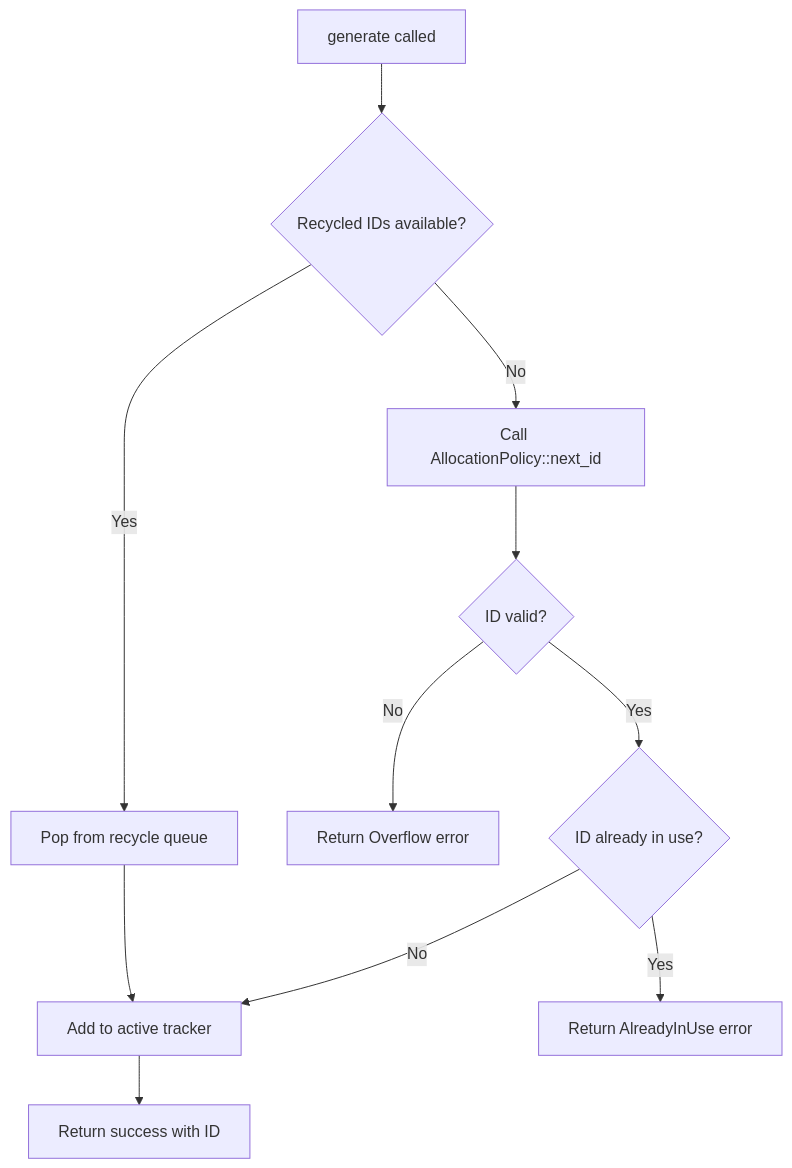
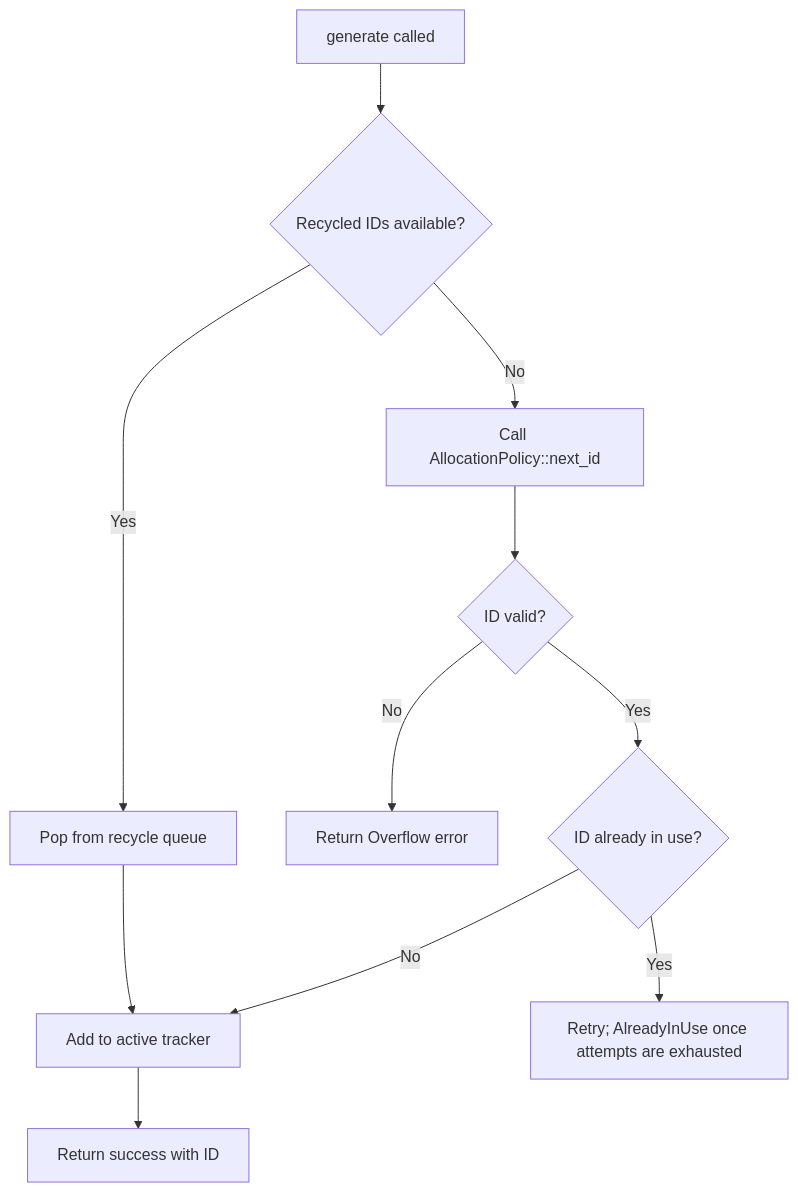
One commit to schroedermatthew/FatP changed the second of 3 diagrams in components/IdGenerator/docs/User Manual - IdGenerator.md. Above: the diagram before and after it, drawn with Mermaid. The commit also changed other lines of this file and 3 other files, not shown here.

````diff
--- a/components/IdGenerator/docs/User Manual - IdGenerator.md
+++ b/components/IdGenerator/docs/User Manual - IdGenerator.md
@@ -194,13 +194,13 @@
 ```mermaid
 flowchart TD
     A[generate called] --> B{Recycled IDs available?}
     B -->|Yes| C[Pop from recycle queue]
     B -->|No| D[Call AllocationPolicy::next_id]
     C --> E[Add to active tracker]
     D --> F{ID valid?}
     F -->|No| G[Return Overflow error]
     F -->|Yes| H{ID already in use?}
-    H -->|Yes| I[Return AlreadyInUse error]
+    H -->|Yes| I["Retry; AlreadyInUse once attempts are exhausted"]
     H -->|No| E
     E --> J[Return success with ID]
 ```
````
